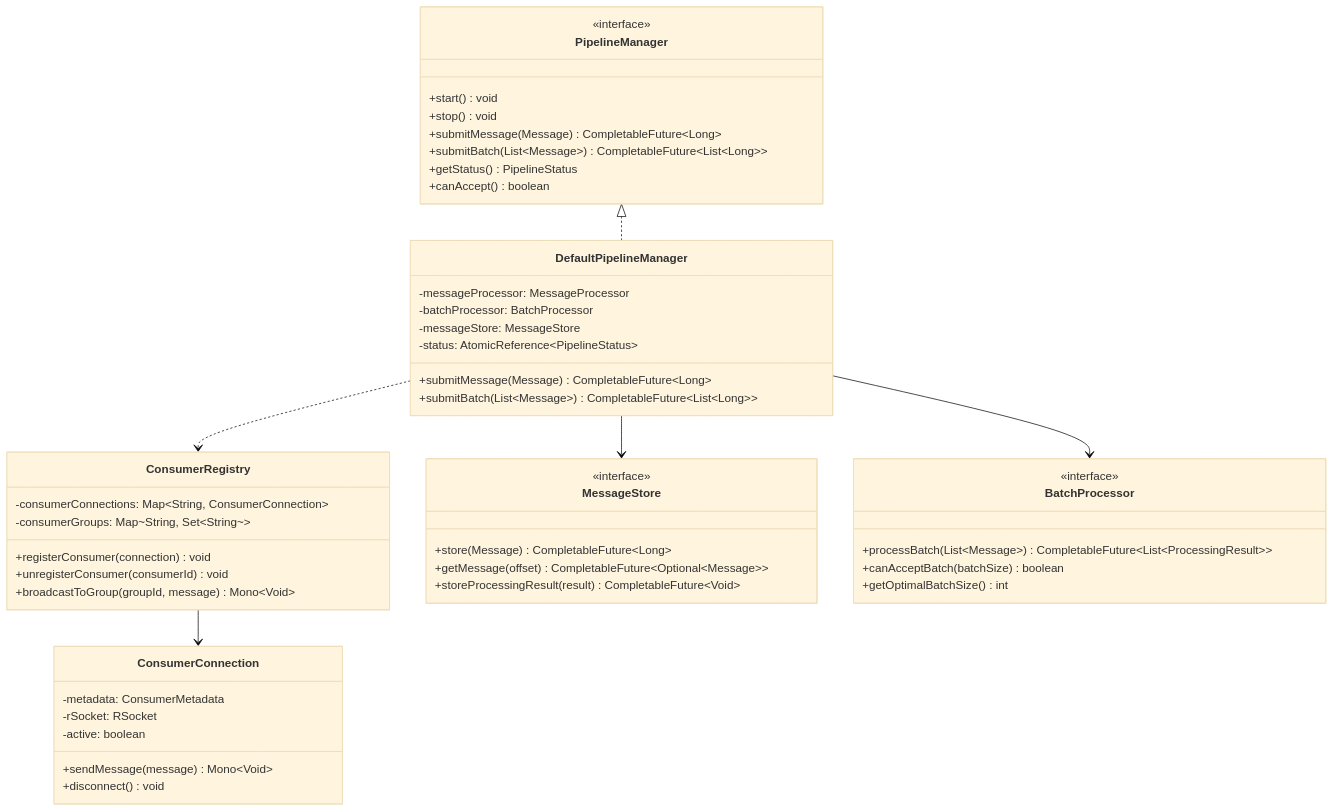
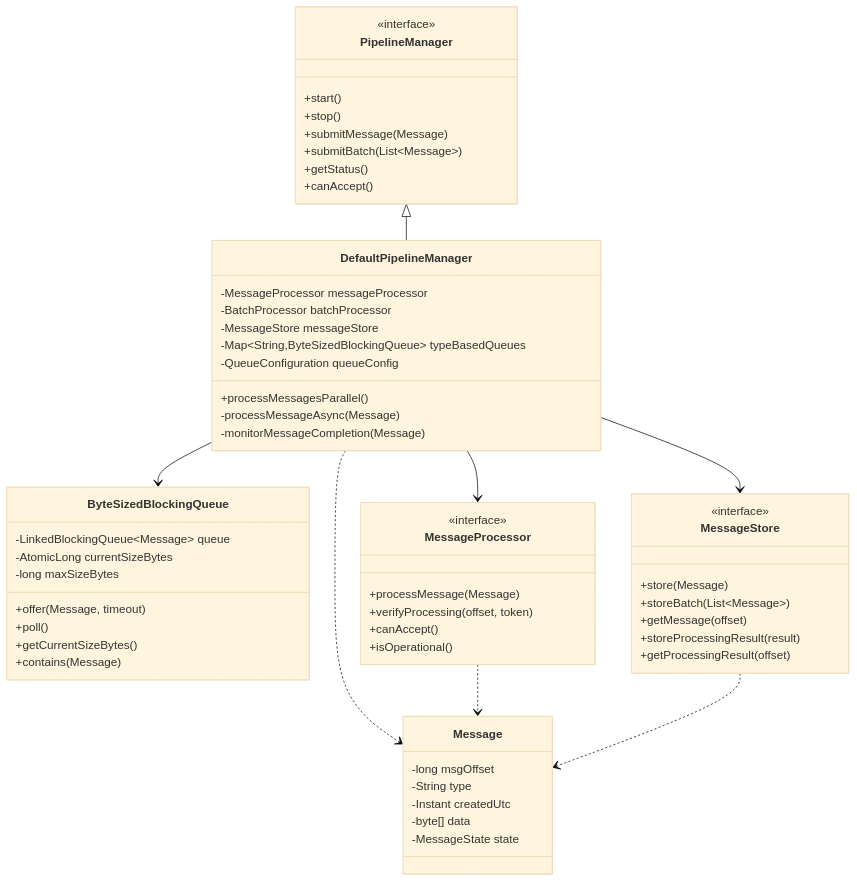
The second of 3 diagrams in README.md (anuragm339/provider), drawn with Mermaid (base theme) before and after one commit. The commit also changed other lines of this file and 6 other files, not shown here.

Commit message:
use parallel process

````diff
--- a/README.md
+++ b/README.md
@@ -142,57 +93,66 @@
 ```mermaid
 classDiagram
     class PipelineManager {
         <<interface>>
-        +start() void
-        +stop() void
-        +submitMessage(Message) CompletableFuture~Long~
-        +submitBatch(List~Message~) CompletableFuture~List~Long~~
-        +getStatus() PipelineStatus
-        +canAccept() boolean
+        +start()
+        +stop()
+        +submitMessage(Message)
+        +submitBatch(List~Message~)
+        +getStatus()
+        +canAccept()
+    }
+    
+    class DefaultPipelineManager {
+        -MessageProcessor messageProcessor
+        -BatchProcessor batchProcessor
+        -MessageStore messageStore
+        -Map~String,ByteSizedBlockingQueue~ typeBasedQueues
+        -QueueConfiguration queueConfig
+        +processMessagesParallel()
+        -processMessageAsync(Message)
+        -monitorMessageCompletion(Message)
+    }
+    
+    class ByteSizedBlockingQueue {
+        -LinkedBlockingQueue~Message~ queue
+        -AtomicLong currentSizeBytes
+        -long maxSizeBytes
+        +offer(Message, timeout)
+        +poll()
+        +getCurrentSizeBytes()
+        +contains(Message)
+    }
+    
+    class Message {
+        -long msgOffset
+        -String type
+        -Instant createdUtc
+        -byte[] data
+        -MessageState state
+    }
+    
+    class MessageProcessor {
+        <<interface>>
+        +processMessage(Message)
+        +verifyProcessing(offset, token)
+        +canAccept()
+        +isOperational()
+    }
+    
+    class MessageStore {
+        <<interface>>
+        +store(Message)
+        +storeBatch(List~Message~)
+        +getMessage(offset)
+        +storeProcessingResult(result)
+        +getProcessingResult(offset)
     }
 
-    class DefaultPipelineManager {
-        -messageProcessor: MessageProcessor
-        -batchProcessor: BatchProcessor
-        -messageStore: MessageStore
-        -status: AtomicReference~PipelineStatus~
-        +submitMessage(Message) CompletableFuture~Long~
-        +submitBatch(List~Message~) CompletableFuture~List~Long~~
-    }
-
-    class ConsumerRegistry {
-        -consumerConnections: Map~String, ConsumerConnection~
-        -consumerGroups: Map~String, Set~String~~
-        +registerConsumer(connection) void
-        +unregisterConsumer(consumerId) void
-        +broadcastToGroup(groupId, message) Mono~Void~
-    }
-
-    class ConsumerConnection {
-        -metadata: ConsumerMetadata
-        -rSocket: RSocket
-        -active: boolean
-        +sendMessage(message) Mono~Void~
-        +disconnect() void
-    }
-
-    class MessageStore {
-        <<interface>>
-        +store(Message) CompletableFuture~Long~
-        +getMessage(offset) CompletableFuture~Optional~Message~~
-        +storeProcessingResult(result) CompletableFuture~Void~
-    }
-
-    class BatchProcessor {
-        <<interface>>
-        +processBatch(List~Message~) CompletableFuture~List~ProcessingResult~~
-        +canAcceptBatch(batchSize) boolean
-        +getOptimalBatchSize() int
-    }
-
-    PipelineManager <|.. DefaultPipelineManager
-    DefaultPipelineManager --> BatchProcessor
+    PipelineManager <|-- DefaultPipelineManager
+    DefaultPipelineManager --> MessageProcessor
     DefaultPipelineManager --> MessageStore
-    ConsumerRegistry --> ConsumerConnection
-    DefaultPipelineManager ..> ConsumerRegistry
+    DefaultPipelineManager --> ByteSizedBlockingQueue
+    DefaultPipelineManager ..> Message
+    MessageProcessor ..> Message
+    MessageStore ..> Message
 ```
````
